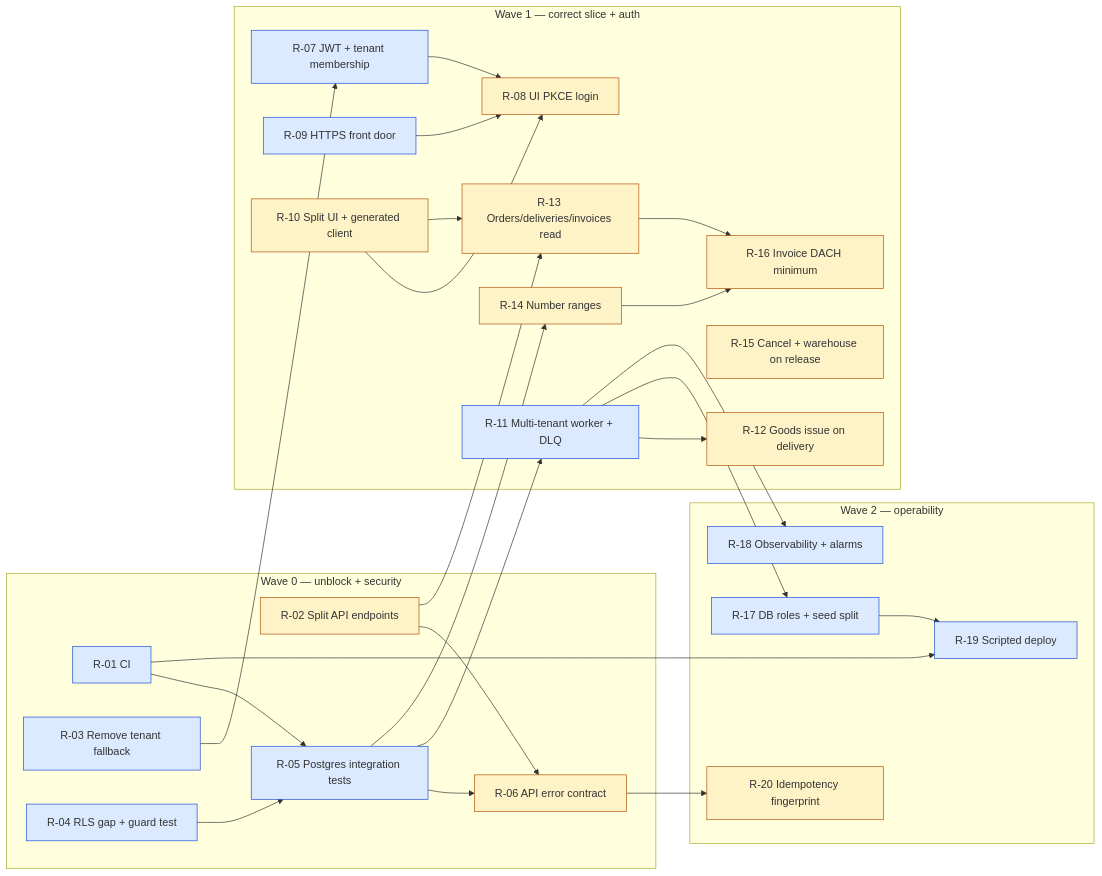
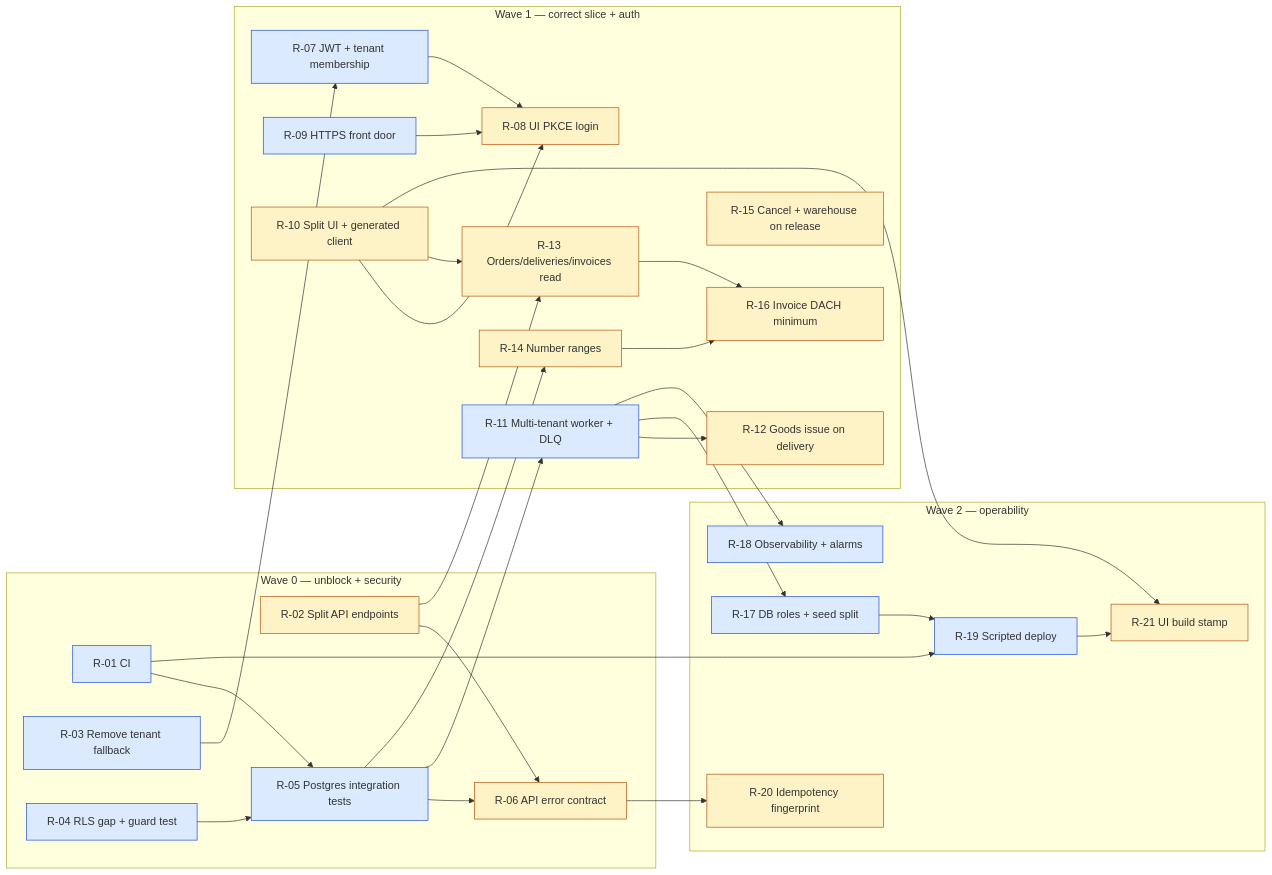
Before and after one commit to cvsckrause/cvsTest: the diagram in docs/plans/2026-10-14-roadmap-next-work-items.md, drawn with Mermaid. The commit also changed other lines of this file and 3 other files, not shown here.

First line of the commit message:
Add roadmap R-21 for a visible UI build stamp on the AWS cell.

````diff
--- a/docs/plans/2026-10-14-roadmap-next-work-items.md
+++ b/docs/plans/2026-10-14-roadmap-next-work-items.md
@@ -61,51 +61,54 @@
 ```mermaid
 flowchart LR
   subgraph W0[Wave 0 — unblock + security]
     R01[R-01 CI]:::a
     R02[R-02 Split API endpoints]:::b
     R03[R-03 Remove tenant fallback]:::a
     R04[R-04 RLS gap + guard test]:::a
     R05[R-05 Postgres integration tests]:::a
     R06[R-06 API error contract]:::b
   end
   subgraph W1[Wave 1 — correct slice + auth]
     R07[R-07 JWT + tenant membership]:::a
     R08[R-08 UI PKCE login]:::b
     R09[R-09 HTTPS front door]:::a
     R10[R-10 Split UI + generated client]:::b
     R11[R-11 Multi-tenant worker + DLQ]:::a
     R12[R-12 Goods issue on delivery]:::b
     R13[R-13 Orders/deliveries/invoices read]:::b
     R14[R-14 Number ranges]:::b
     R15[R-15 Cancel + warehouse on release]:::b
     R16[R-16 Invoice DACH minimum]:::b
   end
   subgraph W2[Wave 2 — operability]
     R17[R-17 DB roles + seed split]:::a
     R18[R-18 Observability + alarms]:::a
     R19[R-19 Scripted deploy]:::a
     R20[R-20 Idempotency fingerprint]:::b
+    R21[R-21 UI build stamp]:::b
   end
   R01 --> R05
   R04 --> R05
   R02 --> R06
   R05 --> R06
   R03 --> R07
   R09 --> R08
   R07 --> R08
   R10 --> R08
   R05 --> R11
   R11 --> R12
   R10 --> R13
   R02 --> R13
   R05 --> R14
   R14 --> R16
   R13 --> R16
   R11 --> R17
   R11 --> R18
   R01 --> R19
   R17 --> R19
   R06 --> R20
+  R10 --> R21
+  R19 --> R21
   classDef a fill:#dbeafe,stroke:#1d4ed8
   classDef b fill:#fef3c7,stroke:#b45309
 ```
````
